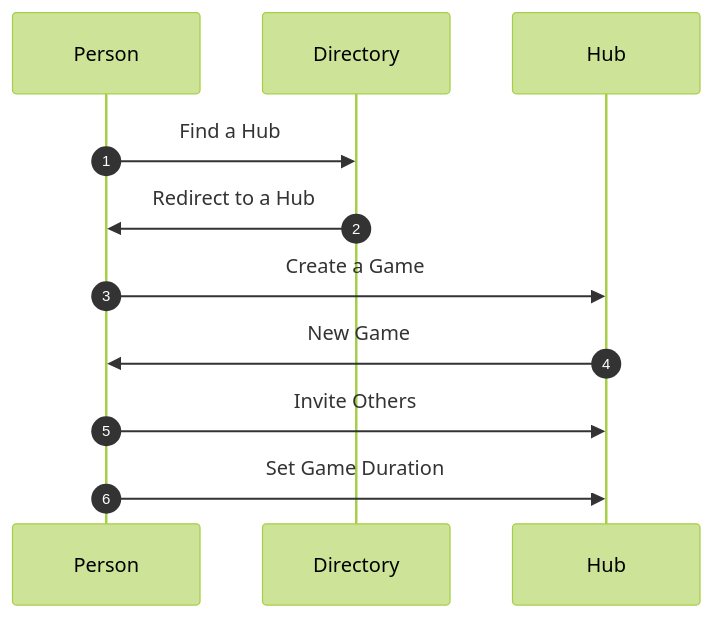
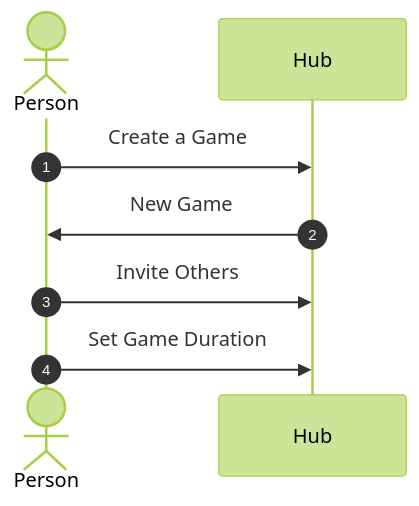
Before and after one commit to czrpb/Mentoring: the second of 2 diagrams in topics/documentation/drps/docs/README.md, drawn with Mermaid (forest theme). The commit also changed other lines of this file, not shown here.

````diff
--- a/topics/documentation/drps/docs/README.md
+++ b/topics/documentation/drps/docs/README.md
@@ -112,12 +120,11 @@
 ```mermaid
 sequenceDiagram
   autonumber
-  Person->>Directory: Find a Hub
-  Directory->>Person: Redirect to a Hub
-
+  actor Person
+  
   Person->>Hub: Create a Game
   Hub->>Person: New Game
 
   Person->>Hub: Invite Others
   Person->>Hub: Set Game Duration
 ```
````
